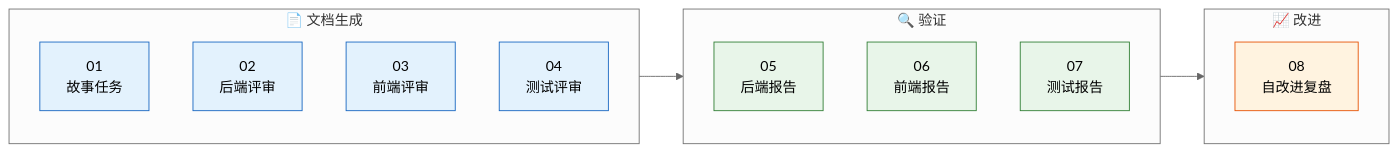
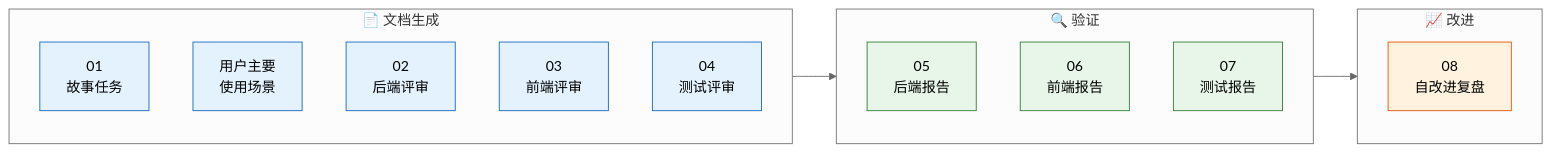
The third of 12 diagrams in skills/rui/formulas.md (effiy/YrY), drawn with Mermaid (neutral theme) before and after one commit. The commit also changed other lines of this file and 7 other files, not shown here.

````diff
--- a/skills/rui/formulas.md
+++ b/skills/rui/formulas.md
@@ -106,25 +109,26 @@
 ```mermaid
 flowchart LR
     subgraph 阶段一["📄 文档生成"]
         F01["01<br/>故事任务"]
+        F_US["用户主要<br/>使用场景"]
         F02["02<br/>后端评审"]
         F03["03<br/>前端评审"]
         F04["04<br/>测试评审"]
     end
     subgraph 阶段二["🔍 验证"]
         F05["05<br/>后端报告"]
         F06["06<br/>前端报告"]
         F07["07<br/>测试报告"]
     end
     subgraph 阶段三["📈 改进"]
         F08["08<br/>自改进复盘"]
     end
     阶段一 --> 阶段二 --> 阶段三
 
     classDef p1 fill:#e3f2fd,stroke:#1565c0;
     classDef p2 fill:#e8f5e9,stroke:#2e7d32;
     classDef p3 fill:#fff3e0,stroke:#e65100;
-    class F01,F02,F03,F04 p1;
+    class F01,F_US,F02,F03,F04 p1;
     class F05,F06,F07 p2;
     class F08 p3;
 ```
````
